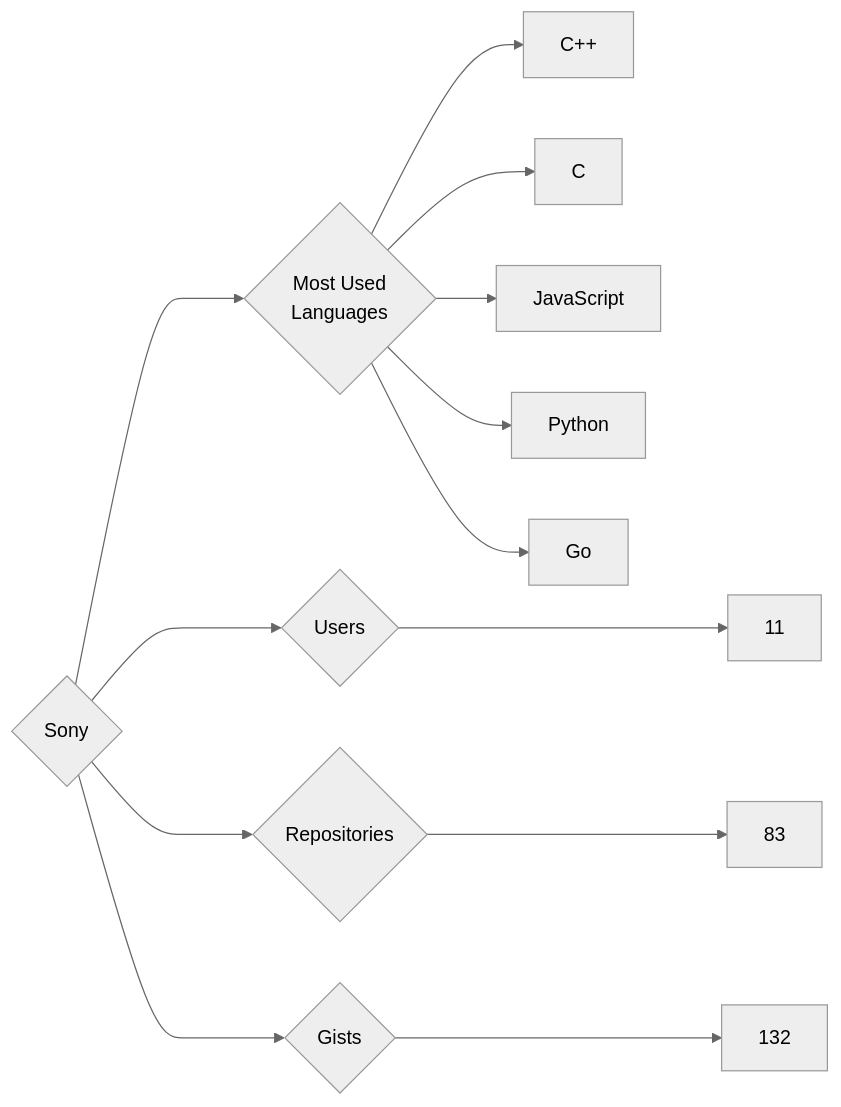
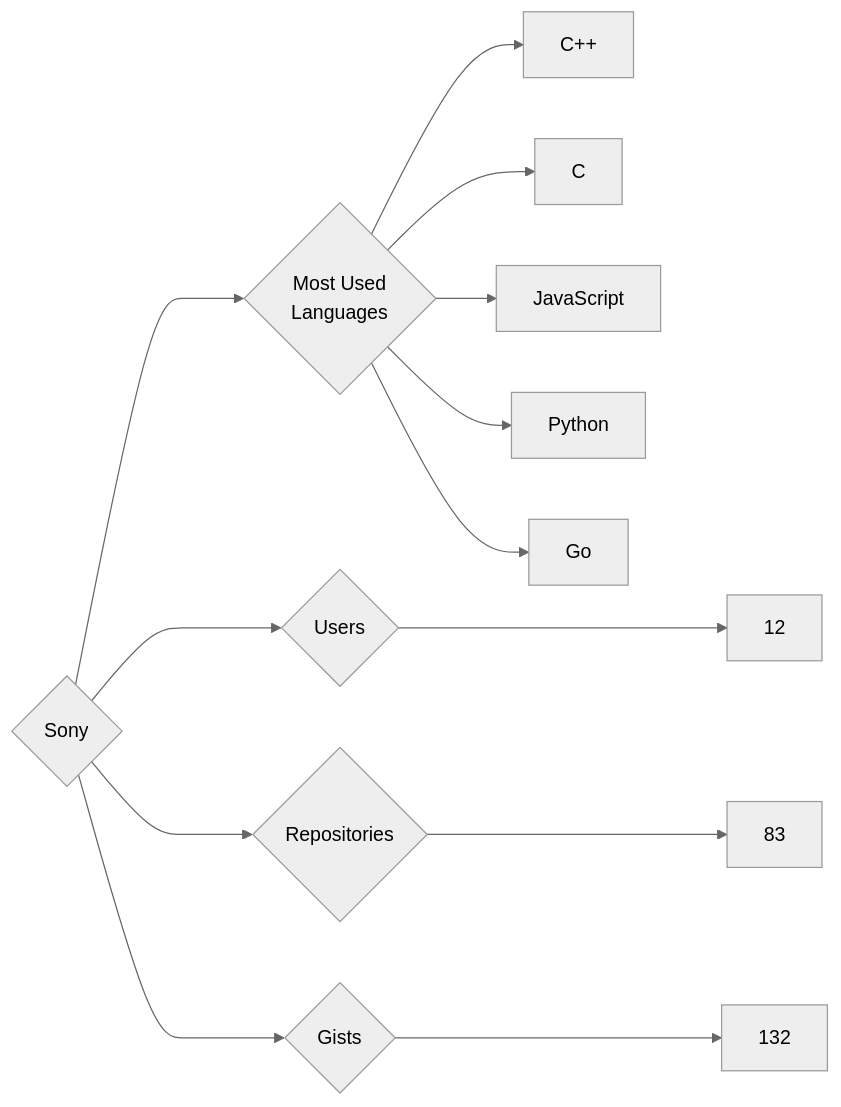
Before and after one commit to trickest/insiders: the diagram in targets/Sony/README.md, drawn with Mermaid (neutral theme). The commit also changed 928 other files, not shown here.

````diff
--- a/targets/Sony/README.md
+++ b/targets/Sony/README.md
@@ -3,13 +3,13 @@
 ```mermaid
 graph LR
 COMPANY_NAME{Sony}
-COMPANY_NAME ---> U{Users} ---> UN[11]
+COMPANY_NAME ---> U{Users} ---> UN[12]
 COMPANY_NAME ---> R{Repositories} ---> RN[83]
 COMPANY_NAME ---> G{Gists} ---> GN[132]
 COMPANY_NAME ---> ML{Most Used<br>Languages}
 ML --> C++[C++]
 ML --> C[C]
 ML --> JavaScript[JavaScript]
 ML --> Python[Python]
 ML --> Go[Go]
 ```
````
